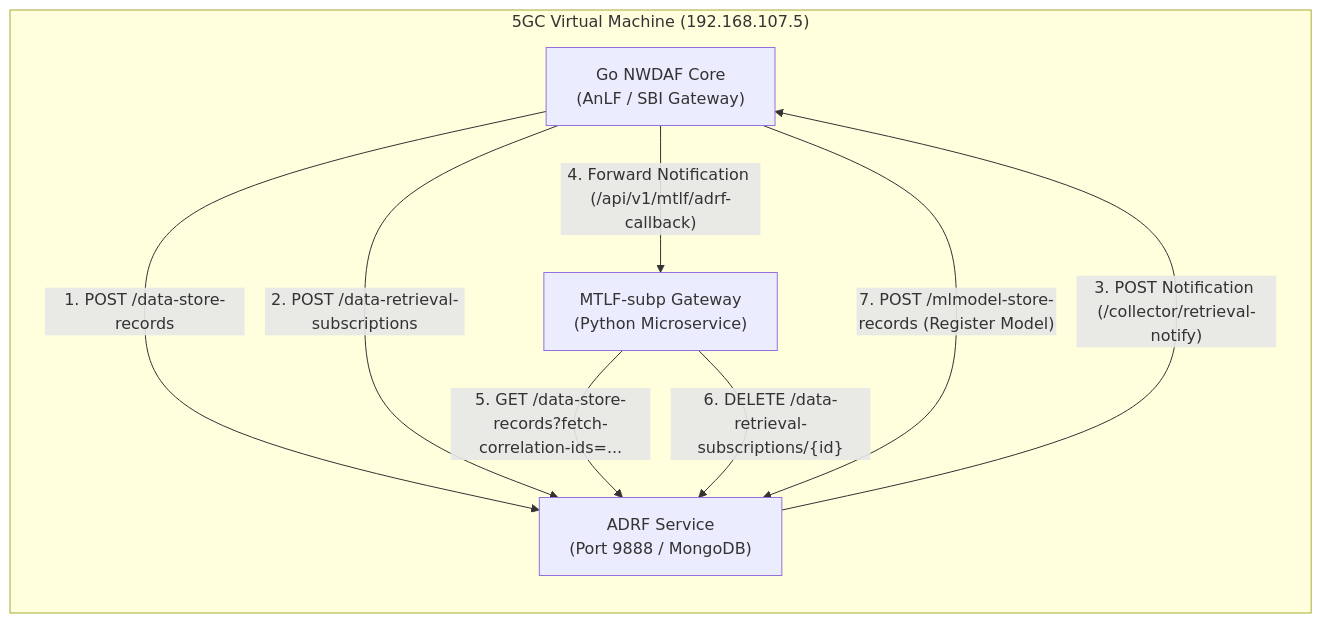
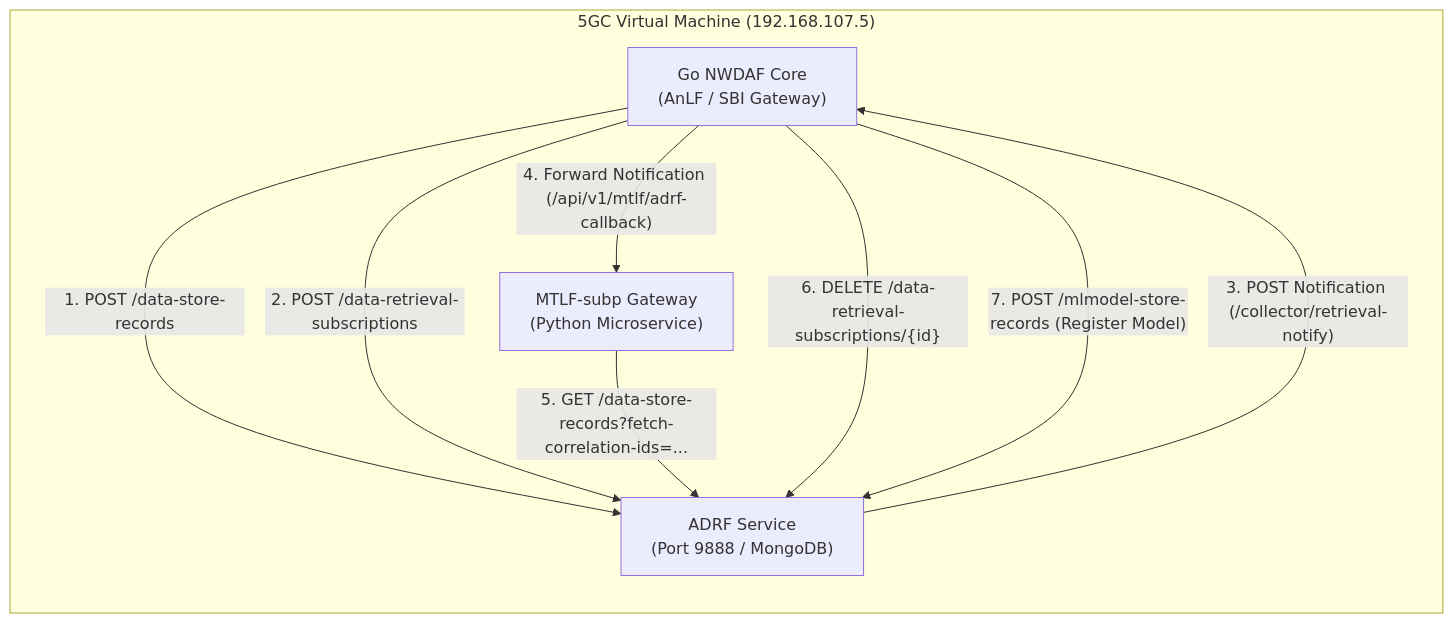
Before and after one commit to Intelligent-Systems-Lab/adrf: the first of 2 diagrams in README.md, drawn with Mermaid. The commit also changed other lines of this file, not shown here.

Commit message:
docs(readme): align DELETE retrieval-subscriptions caller to Go NWDAF and update MTLF port

````diff
--- a/README.md
+++ b/README.md
@@ -18,16 +18,16 @@
 ```mermaid
 graph LR
     subgraph VM ["5GC Virtual Machine (192.168.107.5)"]
         NWDAF["Go NWDAF Core<br/>(AnLF / SBI Gateway)"]
         ADRF["ADRF Service<br/>(Port 9888 / MongoDB)"]
         MTLF["MTLF-subp Gateway<br/>(Python Microservice)"]
     end
 
     NWDAF -- "1. POST /data-store-records" --> ADRF
     NWDAF -- "2. POST /data-retrieval-subscriptions" --> ADRF
     ADRF -- "3. POST Notification (/collector/retrieval-notify)" --> NWDAF
     NWDAF -- "4. Forward Notification (/api/v1/mtlf/adrf-callback)" --> MTLF
     MTLF -- "5. GET /data-store-records?fetch-correlation-ids=..." --> ADRF
-    MTLF -- "6. DELETE /data-retrieval-subscriptions/{id}" --> ADRF
+    NWDAF -- "6. DELETE /data-retrieval-subscriptions/{id}" --> ADRF
     NWDAF -- "7. POST /mlmodel-store-records (Register Model)" --> ADRF
 ```
````
